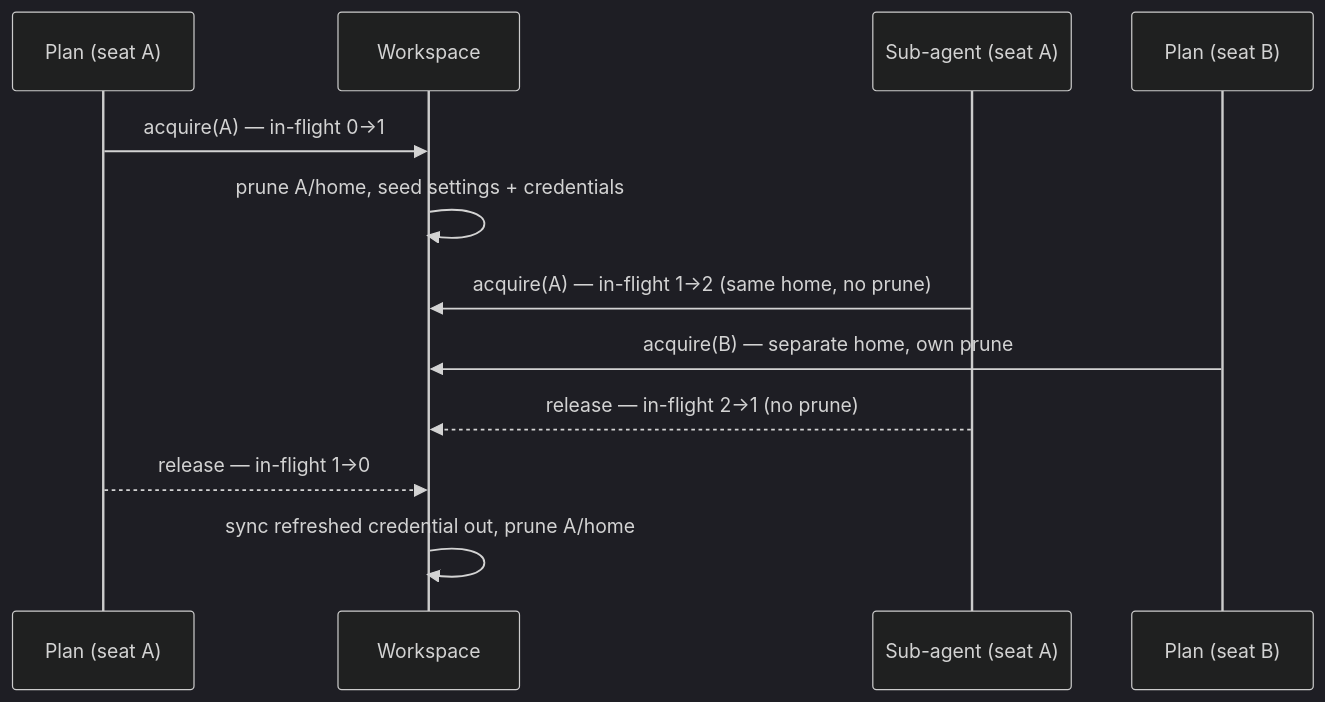
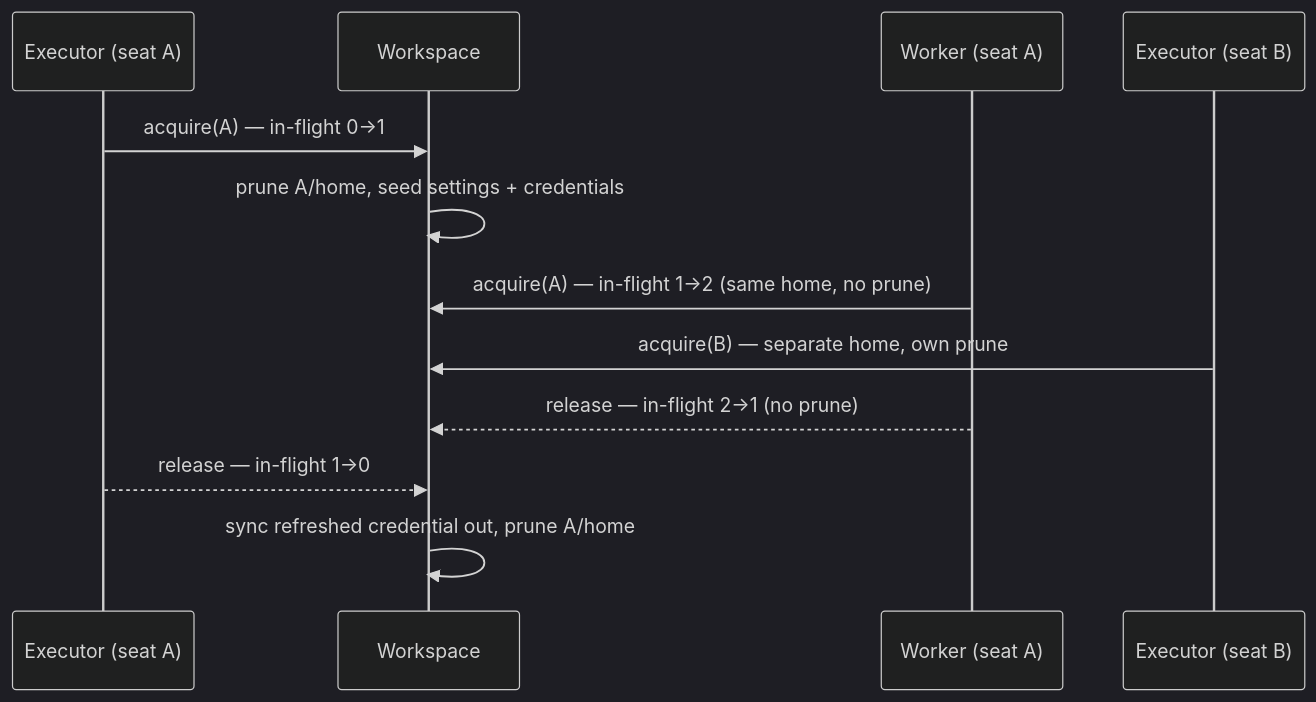
Before and after one commit to crewlet/crewlet: the diagram in docs/concepts/subscription-llm-backends.md, drawn with Mermaid (dark theme). The commit also changed other lines of this file and 1 other file, not shown here.

First line of the commit message:
docs(concepts): drop the Plan phase and upper-case error kinds

````diff
--- a/docs/concepts/subscription-llm-backends.md
+++ b/docs/concepts/subscription-llm-backends.md
@@ -111,14 +111,14 @@
 ```mermaid
 sequenceDiagram
-    participant P as Plan (seat A)
+    participant P as Executor (seat A)
     participant W as Workspace
-    participant S as Sub-agent (seat A)
-    participant B as Plan (seat B)
+    participant S as Worker (seat A)
+    participant B as Executor (seat B)
     P->>W: acquire(A) — in-flight 0→1
     W->>W: prune A/home, seed settings + credentials
     S->>W: acquire(A) — in-flight 1→2 (same home, no prune)
     B->>W: acquire(B) — separate home, own prune
     S-->>W: release — in-flight 2→1 (no prune)
     P-->>W: release — in-flight 1→0
     W->>W: sync refreshed credential out, prune A/home
 ```
````
